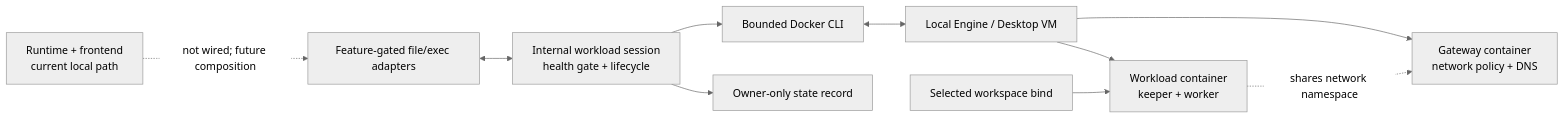
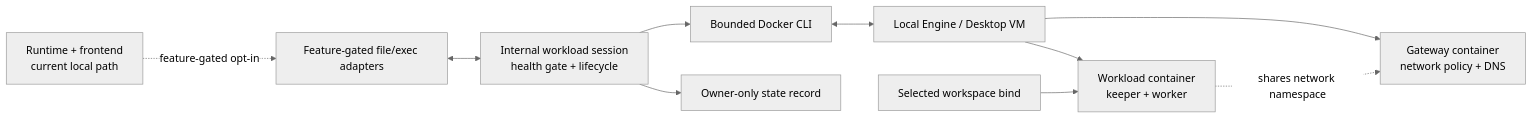
Before and after one commit to immane/nexus-agent: the diagram in docs/design/11-container-execution.md, drawn with Mermaid (neutral theme). The commit also changed other lines of this file and 22 other files, not shown here.

````diff
--- a/docs/design/11-container-execution.md
+++ b/docs/design/11-container-execution.md
@@ -18,22 +18,22 @@
 ```mermaid
 flowchart LR
     Runtime["Runtime + frontend<br/>current local path"]
     Adapters["Feature-gated file/exec adapters"]
     Session["Internal workload session<br/>health gate + lifecycle"]
     DockerCLI["Bounded Docker CLI"]
     State["Owner-only state record"]
     Engine["Local Engine / Desktop VM"]
     Gateway["Gateway container<br/>network policy + DNS"]
     Workload["Workload container<br/>keeper + worker"]
     Workspace["Selected workspace bind"]
 
-    Runtime -. "not wired; future composition" .-> Adapters
+    Runtime -. "feature-gated opt-in" .-> Adapters
     Adapters <--> Session
     Session --> DockerCLI
     Session --> State
     DockerCLI <--> Engine
     Engine --> Gateway
     Engine --> Workload
     Workload -. "shares network namespace" .-> Gateway
     Workspace --> Workload
 ```
````
